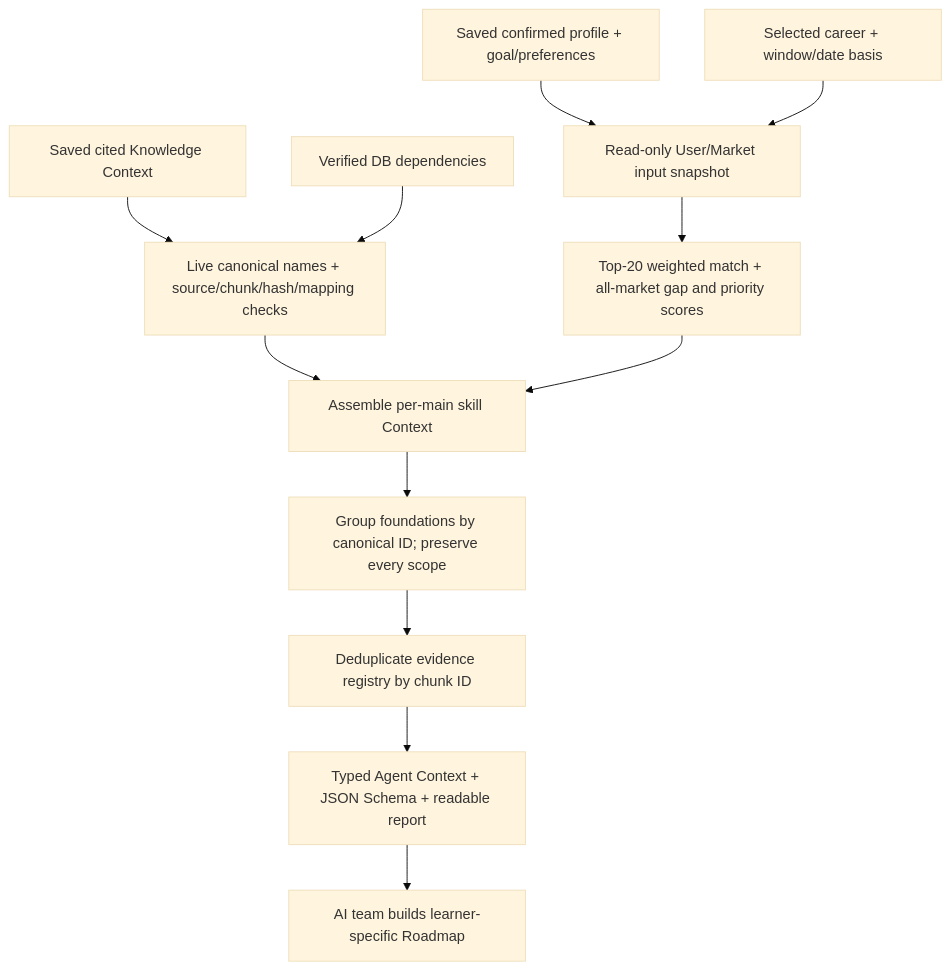
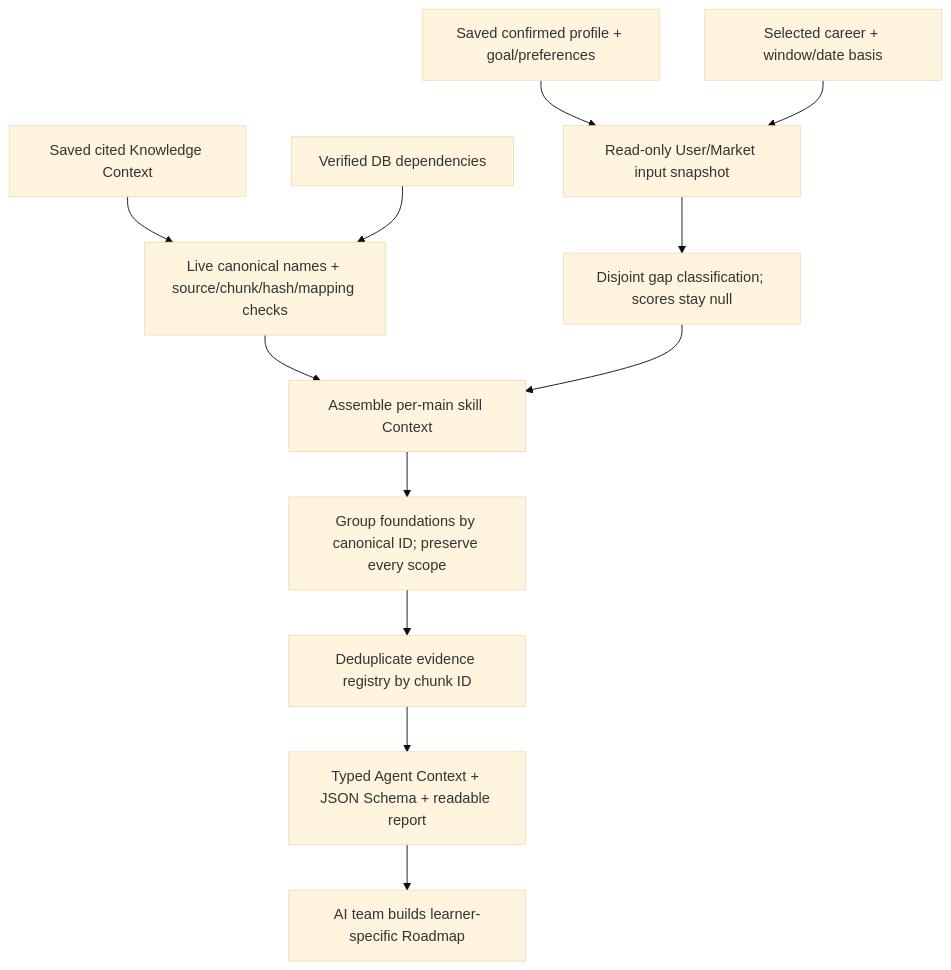
Before and after one commit to THN4/glow-job: the diagram in docs/rag/agent-context-guide.md, drawn with Mermaid (base theme). The commit also changed other lines of this file and 33 other files, not shown here.

Commit message:
feat: integrate roadmap, resume, and market pipeline updates

````diff
--- a/docs/rag/agent-context-guide.md
+++ b/docs/rag/agent-context-guide.md
@@ -21,14 +16,14 @@
 ```mermaid
 flowchart TD
     U[Saved confirmed profile + goal/preferences] --> I[Read-only User/Market input snapshot]
     M[Selected career + window/date basis] --> I
     K[Saved cited Knowledge Context] --> V[Live canonical names + source/chunk/hash/mapping checks]
     D[Verified DB dependencies] --> V
-    I --> G[Top-20 weighted match + all-market gap and priority scores]
+    I --> G[Disjoint gap classification; scores stay null]
     V --> A[Assemble per-main skill Context]
     G --> A
     A --> F[Group foundations by canonical ID; preserve every scope]
     F --> R[Deduplicate evidence registry by chunk ID]
     R --> J[Typed Agent Context + JSON Schema + readable report]
     J --> AI[AI team builds learner-specific Roadmap]
 ```
````
